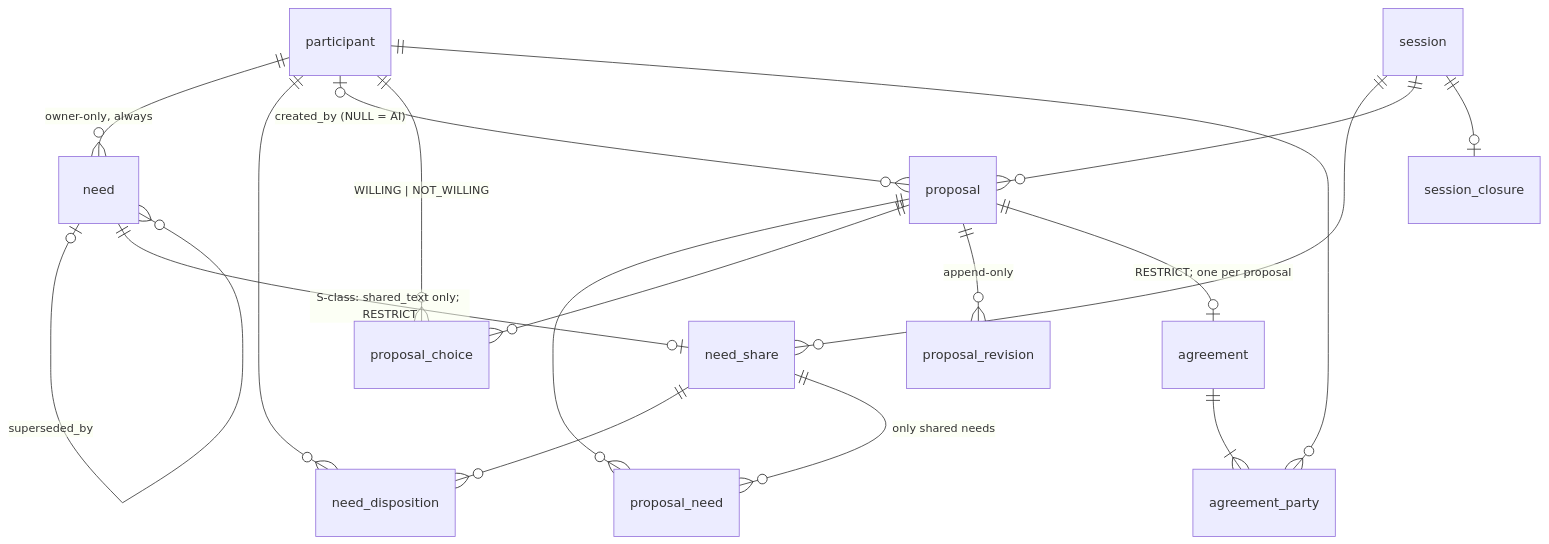
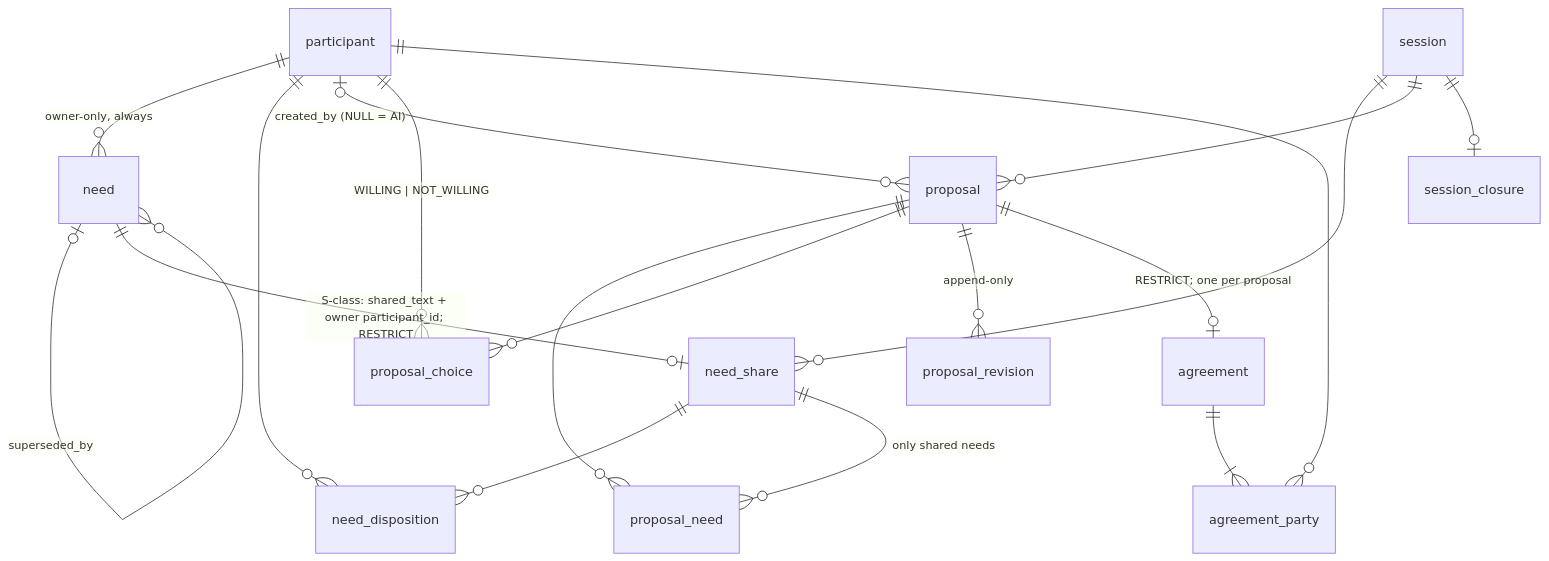
One commit to phyrworks/meet-without-fear changed the fourth of 8 diagrams in docs/backend/data-model/schema-target-2026-10.md. Above: the diagram before and after it, drawn with Mermaid. The commit also changed other lines of this file, not shown here.

Commit message:
docs: target schema — adversarial pass 2 (need_share carries owner id, RESTRICT decided once, db-pull Prisma rule, invoker-rights consent trigger)

````diff
--- a/docs/backend/data-model/schema-target-2026-10.md
+++ b/docs/backend/data-model/schema-target-2026-10.md
@@ -887,20 +889,20 @@
 ```mermaid
 erDiagram
     participant ||--o{ need : "owner-only, always"
     need |o--o{ need : "superseded_by"
-    need ||--o| need_share : "S-class: shared_text only; RESTRICT"
+    need ||--o| need_share : "S-class: shared_text + owner participant_id; RESTRICT"
     session ||--o{ need_share : ""
     participant ||--o{ need_disposition : ""
     need_share ||--o{ need_disposition : ""
     session ||--o{ proposal : ""
     participant |o--o{ proposal : "created_by (NULL = AI)"
     proposal ||--o{ proposal_need : ""
     need_share ||--o{ proposal_need : "only shared needs"
     proposal ||--o{ proposal_choice : ""
     participant ||--o{ proposal_choice : "WILLING | NOT_WILLING"
     proposal ||--o{ proposal_revision : "append-only"
     proposal ||--o| agreement : "RESTRICT; one per proposal"
     agreement ||--|{ agreement_party : ""
     participant ||--o{ agreement_party : ""
     session ||--o| session_closure : ""
 ```
````
